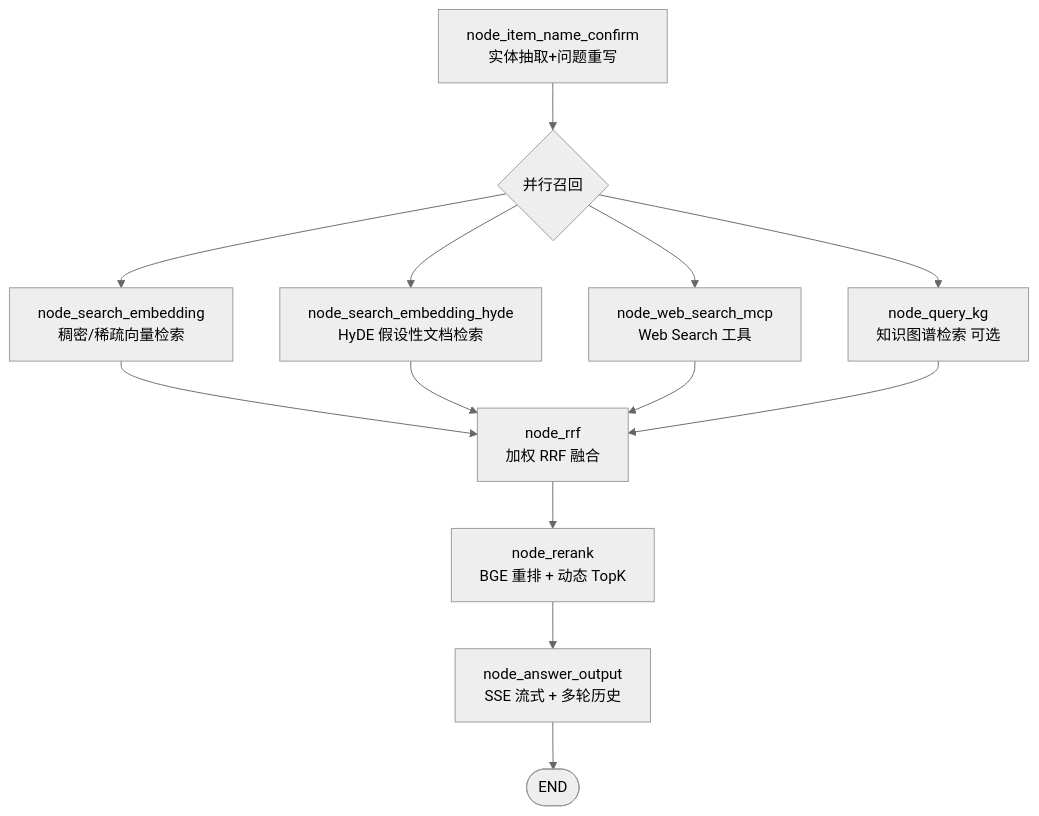
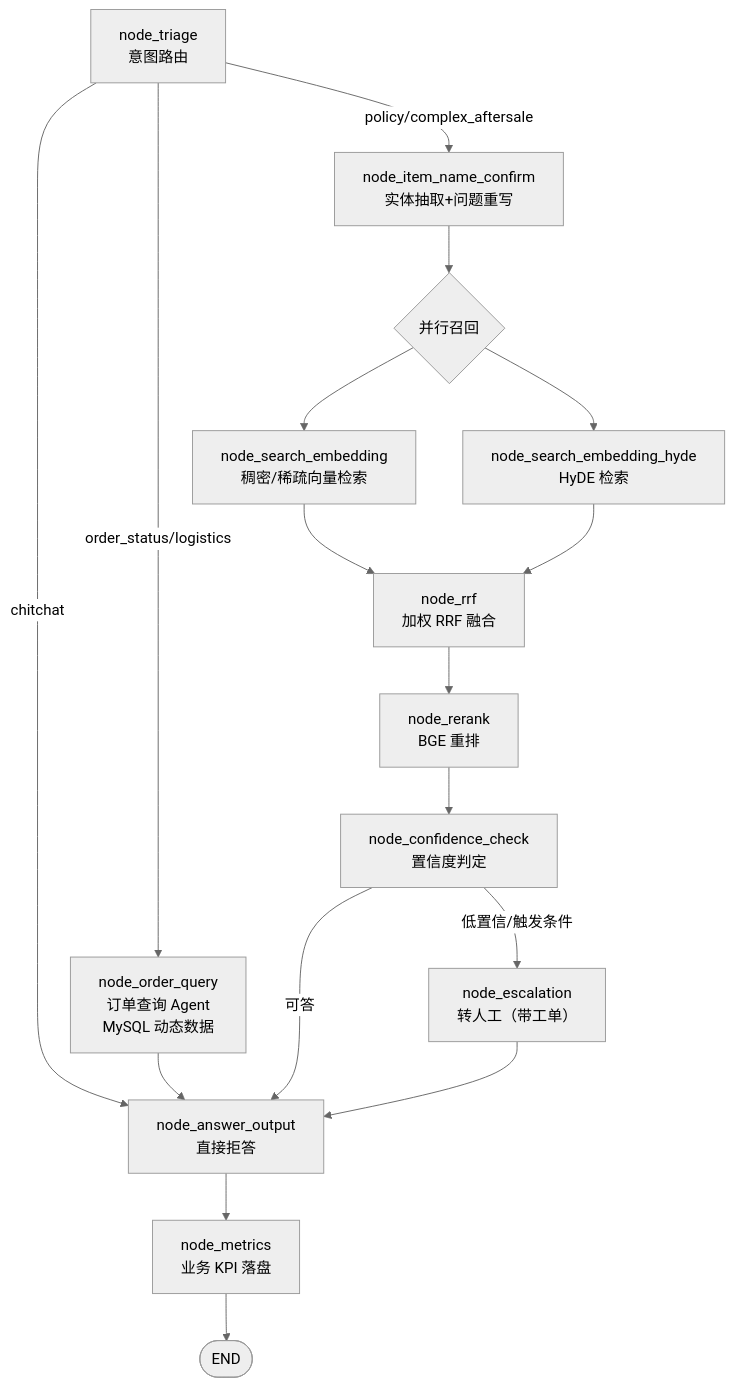
One commit to weikaiwu/rag-agent changed the second of 2 diagrams in README.md. Above: the diagram before and after it, drawn with Mermaid (neutral theme). The commit also changed other lines of this file and 12 other files, not shown here.

````diff
--- a/README.md
+++ b/README.md
@@ -61,15 +63,19 @@
 ```mermaid
 flowchart TD
-    A[node_item_name_confirm<br/>实体抽取+问题重写] --> B{并行召回}
-    B --> C[node_search_embedding<br/>稠密/稀疏向量检索]
-    B --> D[node_search_embedding_hyde<br/>HyDE 假设性文档检索]
-    B --> E[node_web_search_mcp<br/>Web Search 工具]
-    B --> F[node_query_kg<br/>知识图谱检索 可选]
-    C --> G[node_rrf<br/>加权 RRF 融合]
-    D --> G
-    E --> G
+    A[node_triage<br/>意图路由] -->|order_status/logistics| B[node_order_query<br/>订单查询 Agent<br/>MySQL 动态数据]
+    A -->|policy/complex_aftersale| C[node_item_name_confirm<br/>实体抽取+问题重写]
+    A -->|chitchat| Z[node_answer_output<br/>直接拒答]
+    B --> Z
+    C --> D{并行召回}
+    D --> E[node_search_embedding<br/>稠密/稀疏向量检索]
+    D --> F[node_search_embedding_hyde<br/>HyDE 检索]
+    E --> G[node_rrf<br/>加权 RRF 融合]
     F --> G
-    G --> H[node_rerank<br/>BGE 重排 + 动态 TopK]
-    H --> I[node_answer_output<br/>SSE 流式 + 多轮历史]
-    I --> END([END])
+    G --> H[node_rerank<br/>BGE 重排]
+    H --> I[node_confidence_check<br/>置信度判定]
+    I -->|低置信/触发条件| J[node_escalation<br/>转人工（带工单）]
+    I -->|可答| Z
+    J --> Z
+    Z --> K[node_metrics<br/>业务 KPI 落盘]
+    K --> END([END])
 ```
````
